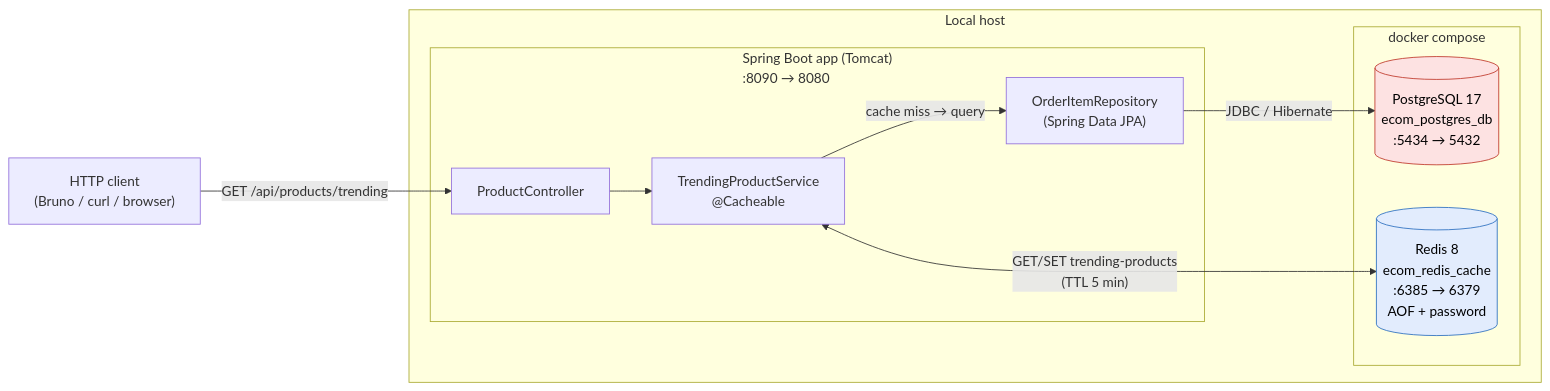
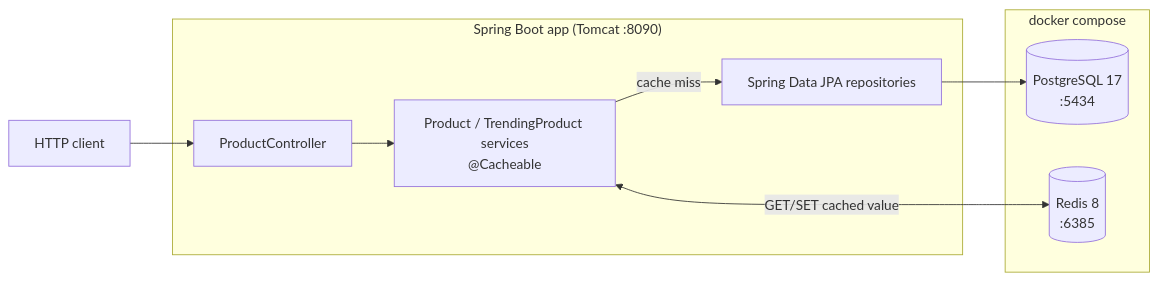
The diagram in README.md (tma1863/Demo_Redis), drawn with Mermaid before and after one commit. The commit also changed other lines of this file, not shown here.

````diff
--- a/README.md
+++ b/README.md
@@ -24,28 +35,16 @@
 ```mermaid
 flowchart LR
-    client["HTTP client<br/>(Bruno / curl / browser)"]
-
-    subgraph host["Local host"]
-        subgraph app["Spring Boot app (Tomcat)<br/>:8090 → 8080"]
-            ctrl["ProductController"]
-            svc["TrendingProductService<br/>@Cacheable"]
-            repo["OrderItemRepository<br/>(Spring Data JPA)"]
-        end
-
-        subgraph docker["docker compose"]
-            pg[("PostgreSQL 17<br/>ecom_postgres_db<br/>:5434 → 5432")]
-            redis[("Redis 8<br/>ecom_redis_cache<br/>:6385 → 6379<br/>AOF + password")]
-        end
+    client["HTTP client"]
+    subgraph app["Spring Boot app (Tomcat :8090)"]
+        ctrl["ProductController"]
+        svc["Product / TrendingProduct services<br/>@Cacheable"]
+        repo["Spring Data JPA repositories"]
     end
-
-    client -->|"GET /api/products/trending"| ctrl
-    ctrl --> svc
-    svc -->|"cache miss → query"| repo
-    repo -->|"JDBC / Hibernate"| pg
-    svc <-->|"GET/SET trending-products<br/>(TTL 5 min)"| redis
-
-    classDef store fill:#fde2e2,stroke:#c0392b,color:#000;
-    classDef cache fill:#e2ecfd,stroke:#2c6fc0,color:#000;
-    class pg store;
-    class redis cache;
+    subgraph docker["docker compose"]
+        pg[("PostgreSQL 17<br/>:5434")]
+        redis[("Redis 8<br/>:6385")]
+    end
+    client --> ctrl --> svc
+    svc -->|cache miss| repo --> pg
+    svc <-->|GET/SET cached value| redis
 ```
````
